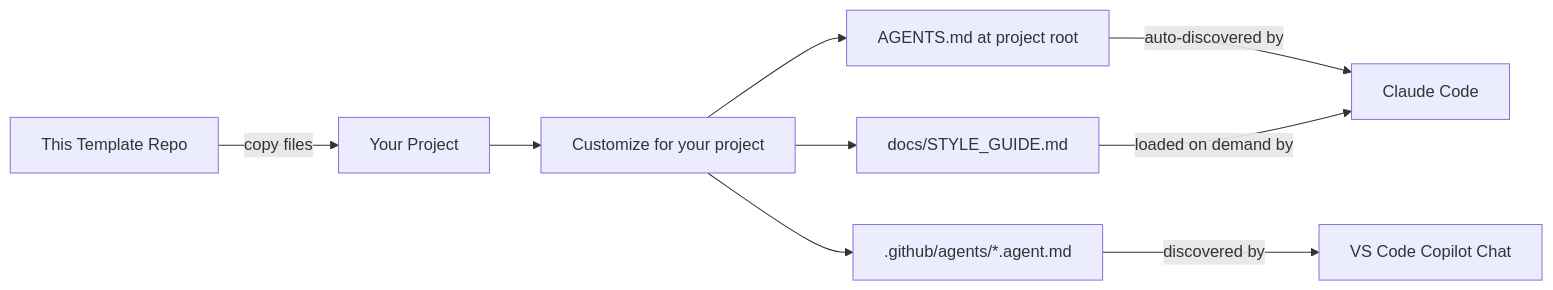
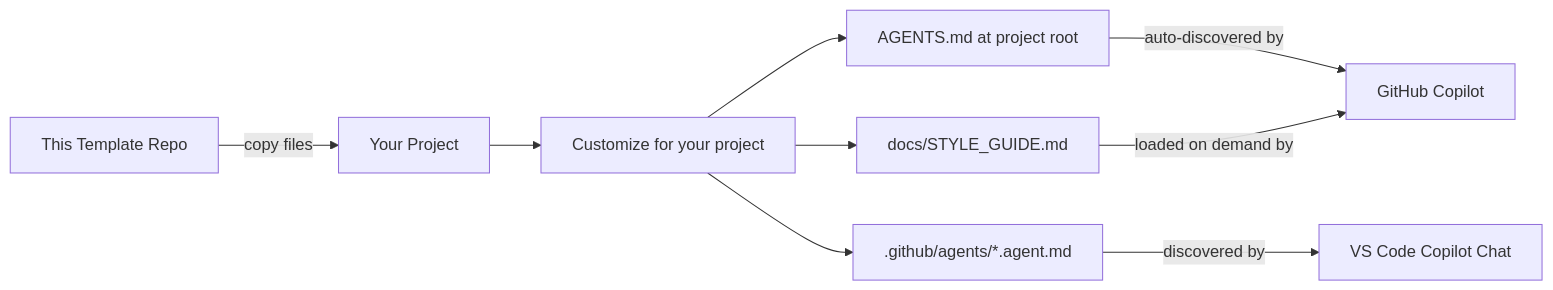
The second of 3 diagrams in docs/ARCHITECTURE.md (threnjen/thren-agentic-workflows), drawn with Mermaid before and after one commit. The commit also changed other lines of this file and 4 other files, not shown here.

````diff
--- a/docs/ARCHITECTURE.md
+++ b/docs/ARCHITECTURE.md
@@ -76,11 +76,11 @@
 ```mermaid
 flowchart LR
     Template[This Template Repo] -->|copy files| Target[Your Project]
     Target --> Customize[Customize for your project]
     Customize --> AgentsFile[AGENTS.md at project root]
     Customize --> StyleFile[docs/STYLE_GUIDE.md]
     Customize --> AgentDefs[.github/agents/*.agent.md]
-    AgentsFile -->|auto-discovered by| Claude[Claude Code]
-    StyleFile -->|loaded on demand by| Claude
+    AgentsFile -->|auto-discovered by| Copilot[GitHub Copilot]
+    StyleFile -->|loaded on demand by| Copilot
     AgentDefs -->|discovered by| VSCode[VS Code Copilot Chat]
 ```
````
